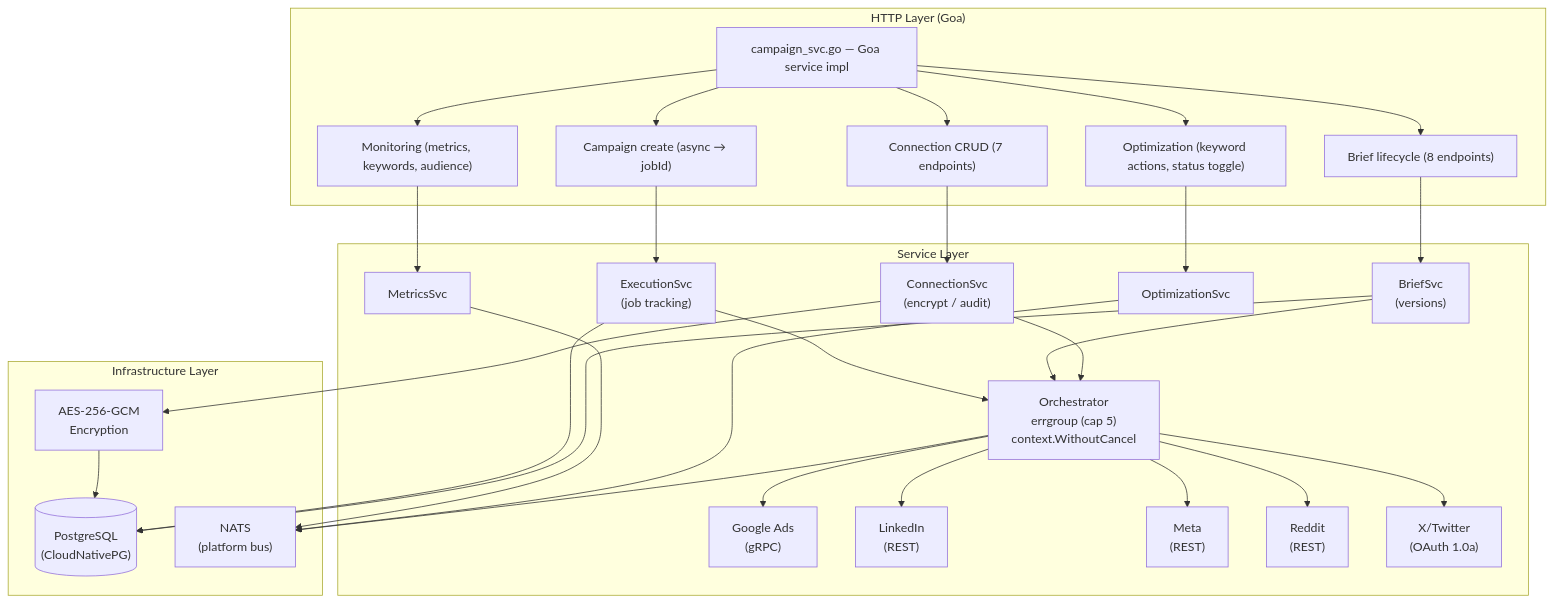
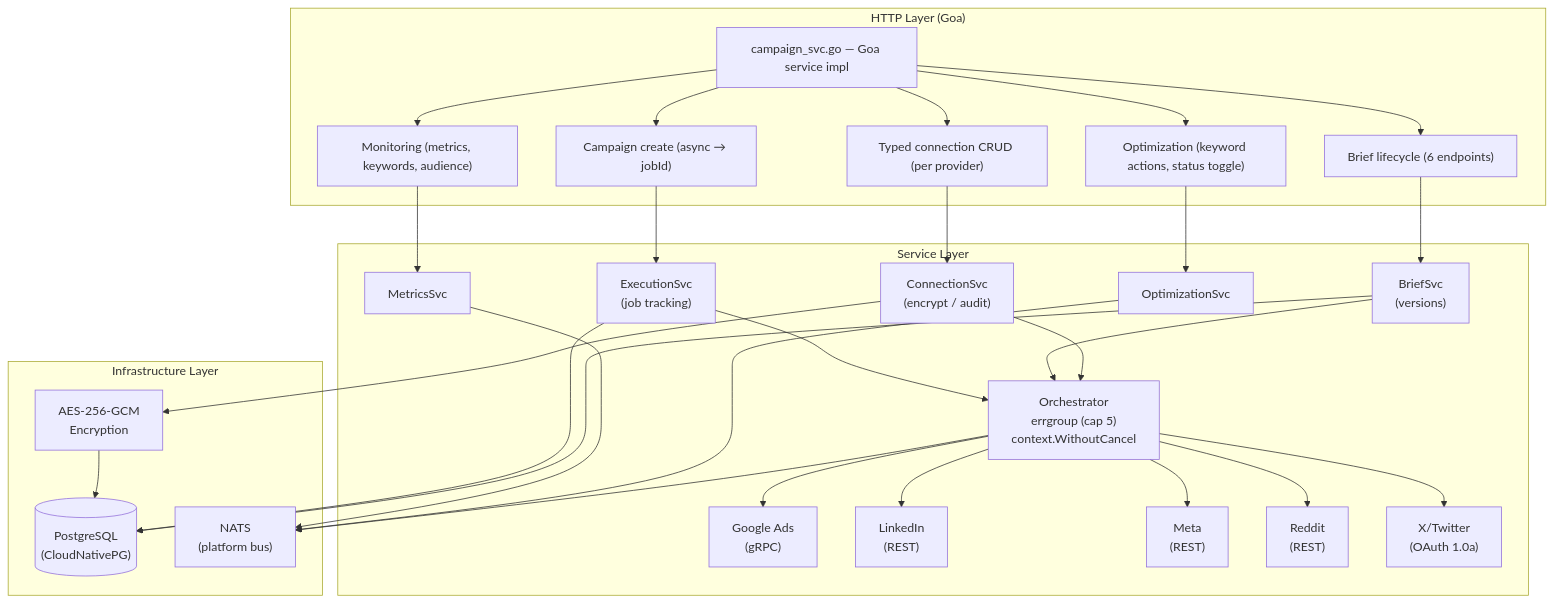
Before and after one commit to linuxfoundation/lfx-v2-campaign-service: the fourth of 6 diagrams in docs/build-summary.md, drawn with Mermaid. The commit also changed other lines of this file and 3 other files, not shown here.

First line of the commit message:
docs: address Eric's review — typed per-provider model, platform idioms

````diff
--- a/docs/build-summary.md
+++ b/docs/build-summary.md
@@ -174,43 +176,43 @@
 ```mermaid
 flowchart TD
     subgraph http["HTTP Layer (Goa)"]
         svc["campaign_svc.go — Goa service impl"]
-        svc --> conn["Connection CRUD (7 endpoints)"]
-        svc --> brief["Brief lifecycle (8 endpoints)"]
+        svc --> conn["Typed connection CRUD (per provider)"]
+        svc --> brief["Brief lifecycle (6 endpoints)"]
         svc --> create["Campaign create (async → jobId)"]
         svc --> monitor["Monitoring (metrics, keywords, audience)"]
         svc --> optim["Optimization (keyword actions, status toggle)"]
     end
 
     subgraph service["Service Layer"]
         connsvc["ConnectionSvc\n(encrypt / audit)"]
         briefsvc["BriefSvc\n(versions)"]
         execsvc["ExecutionSvc\n(job tracking)"]
         orch["Orchestrator\nerrgroup (cap 5)\ncontext.WithoutCancel"]
         optimsvc["OptimizationSvc"]
         metricssvc["MetricsSvc"]
 
         orch --> gads["Google Ads\n(gRPC)"]
         orch --> li["LinkedIn\n(REST)"]
         orch --> metaapi["Meta\n(REST)"]
         orch --> redditapi["Reddit\n(REST)"]
         orch --> xapi["X/Twitter\n(OAuth 1.0a)"]
     end
 
     subgraph infra["Infrastructure Layer"]
         pg[("PostgreSQL\n(CloudNativePG)")]
         aes["AES-256-GCM\nEncryption"]
         nats["NATS\n(platform bus)"]
     end
 
     conn --> connsvc
     brief --> briefsvc
     create --> execsvc
     monitor --> metricssvc
     optim --> optimsvc
 
     connsvc & briefsvc & execsvc --> orch
     connsvc --> aes --> pg
     briefsvc & execsvc --> pg
     orch & optimsvc & metricssvc --> nats
 ```
````
